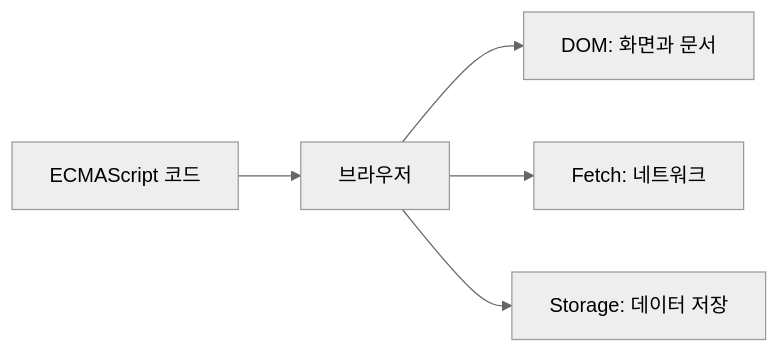
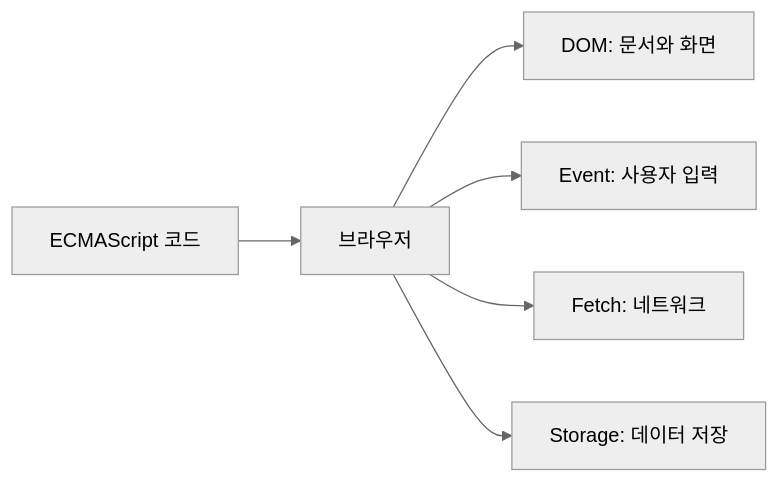
Before and after one commit to zenoK80/zeno-AI-Docs: the diagram in content/javascript/WebAPIs/01_what-are-web-apis.mdx, drawn with Mermaid (neutral theme). The commit also changed other lines of this file and 25 other files, not shown here.

Commit message:
feat: 학습 문서 워크플로우와 시각화 도구 정비

````diff
--- a/content/javascript/WebAPIs/01_what-are-web-apis.mdx
+++ b/content/javascript/WebAPIs/01_what-are-web-apis.mdx
@@ -38,7 +49,8 @@
 ```mermaid
 flowchart LR
   JS["ECMAScript 코드"] --> Browser["브라우저"]
-  Browser --> DOM["DOM: 화면과 문서"]
+  Browser --> DOM["DOM: 문서와 화면"]
+  Browser --> Event["Event: 사용자 입력"]
   Browser --> Network["Fetch: 네트워크"]
   Browser --> Storage["Storage: 데이터 저장"]
 ```
````
